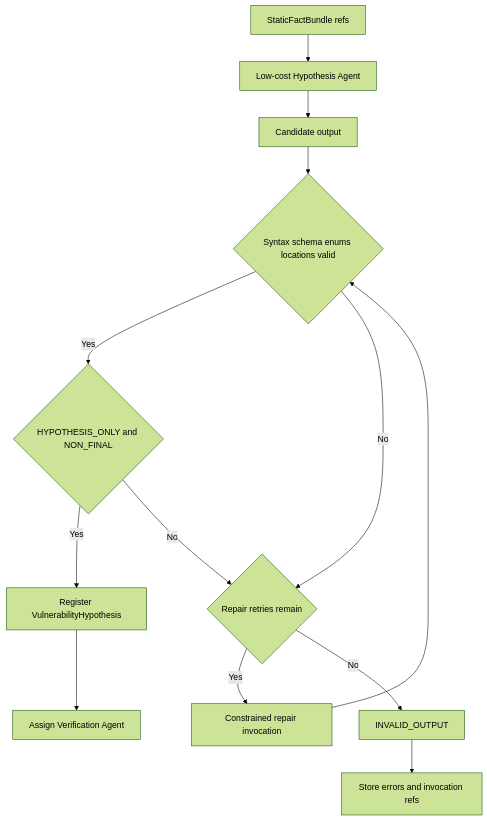
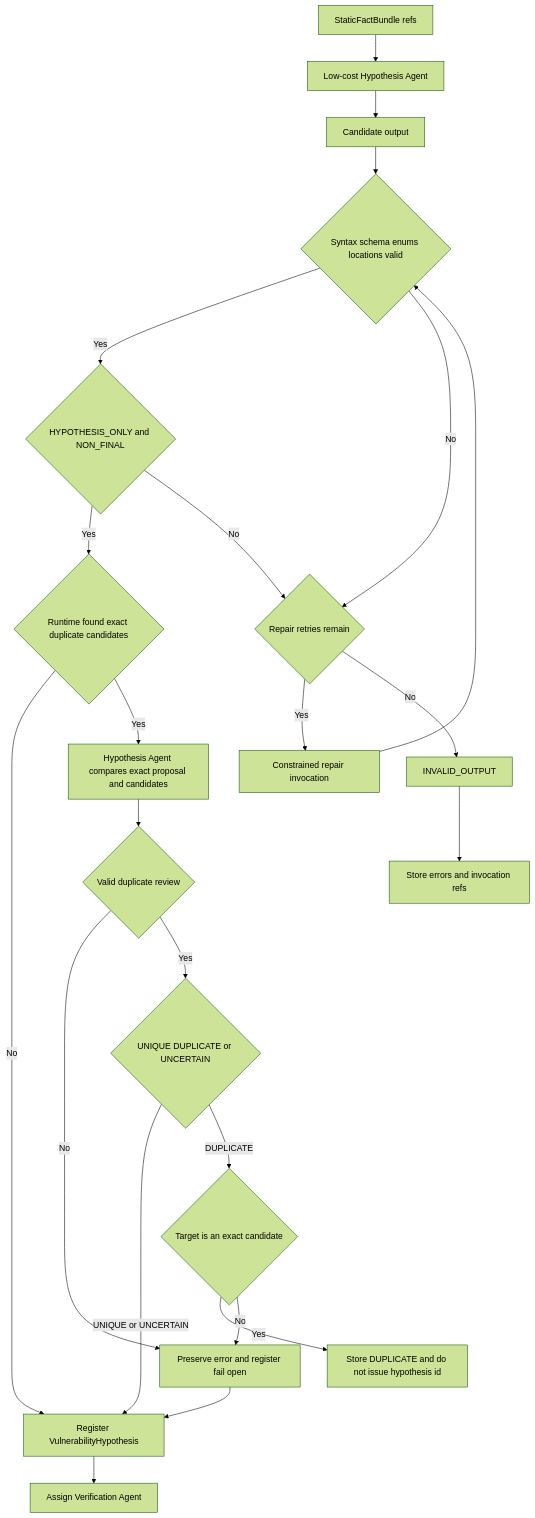
The third of 13 diagrams in docs/architecture-v5/13-architecture-diagrams.md (SASTsimi/sastsimi), drawn with Mermaid (forest theme) before and after one commit. The commit also changed other lines of this file and 22 other files, not shown here.

Commit message:
docs: finalize hypothesis provenance and duplicate lifecycle

````diff
--- a/docs/architecture-v5/13-architecture-diagrams.md
+++ b/docs/architecture-v5/13-architecture-diagrams.md
@@ -128,15 +128,25 @@
 ```mermaid
 flowchart TB
     FACTS[StaticFactBundle refs] --> HA[Low-cost Hypothesis Agent]
     HA --> RAW[Candidate output]
     RAW --> SCHEMA{Syntax schema enums locations valid}
     SCHEMA -->|Yes| ASSERT{HYPOTHESIS_ONLY and NON_FINAL}
-    ASSERT -->|Yes| REGISTER[Register VulnerabilityHypothesis]
+    ASSERT -->|Yes| CANDIDATES{Runtime found exact duplicate candidates}
+    CANDIDATES -->|No| REGISTER[Register VulnerabilityHypothesis]
+    CANDIDATES -->|Yes| DUPCALL[Hypothesis Agent compares exact proposal and candidates]
+    DUPCALL --> DUPVALID{Valid duplicate review}
+    DUPVALID -->|No| FAILOPEN[Preserve error and register fail open]
+    DUPVALID -->|Yes| DUPDECISION{UNIQUE DUPLICATE or UNCERTAIN}
+    DUPDECISION -->|UNIQUE or UNCERTAIN| REGISTER
+    DUPDECISION -->|DUPLICATE| TARGET{Target is an exact candidate}
+    TARGET -->|Yes| DUPSTOP[Store DUPLICATE and do not issue hypothesis id]
+    TARGET -->|No| FAILOPEN
+    FAILOPEN --> REGISTER
     REGISTER --> VERIFY[Assign Verification Agent]
     SCHEMA -->|No| RETRY{Repair retries remain}
     ASSERT -->|No| RETRY
     RETRY -->|Yes| REPAIR[Constrained repair invocation]
     REPAIR --> SCHEMA
     RETRY -->|No| INVALID[INVALID_OUTPUT]
     INVALID --> STORE[Store errors and invocation refs]
 ```
````
